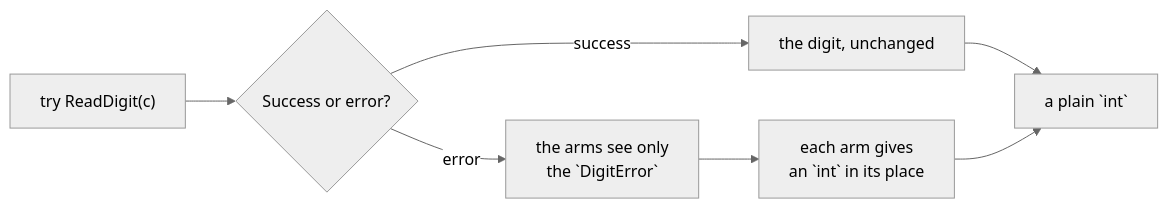
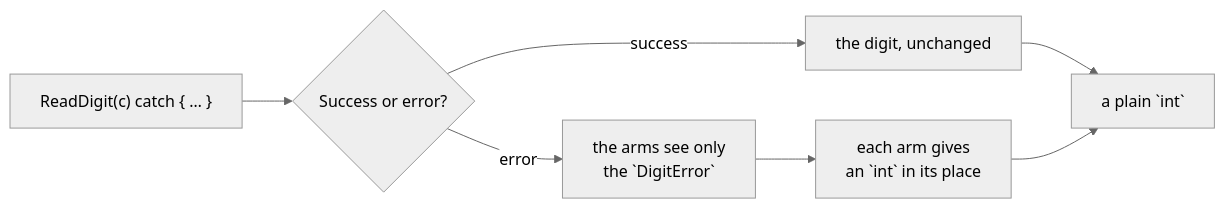
The diagram in content/docs/1.learn/09.errors/06.catch.md (rux-lang/Web), drawn with Mermaid (neutral theme) before and after one commit. The commit also changed other lines of this file and 16 other files, not shown here.

````diff
--- a/content/docs/1.learn/09.errors/06.catch.md
+++ b/content/docs/1.learn/09.errors/06.catch.md
@@ -43,9 +43,9 @@
 ```mermaid
 flowchart LR
-    invoke["`try ReadDigit(c)`"] --> q{"Success or error?"}
+    invoke["`ReadDigit(c) catch { … }`"] --> q{"Success or error?"}
     q -- "success" --> pass["the digit, unchanged"]
     q -- "error" --> arms["the arms see only<br/>the `DigitError`"]
     arms --> value["each arm gives<br/>an `int` in its place"]
     pass --> result["a plain `int`"]
     value --> result
 ```
````
